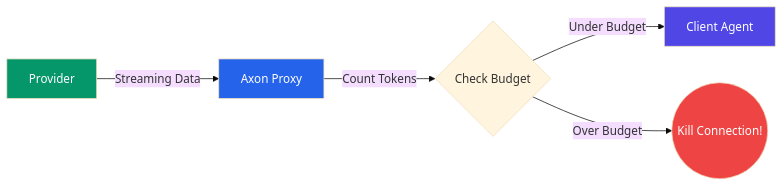
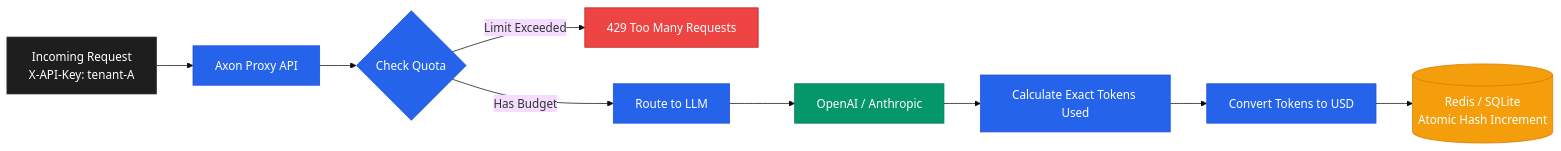
Before and after one commit to chaitanya-sharmaa/axon: the diagram in README.md, drawn with Mermaid (base theme). The commit also changed other lines of this file and 1 other file, not shown here.

Commit message:
docs: separate network savings vs api savings and isolate tron to provider caching

````diff
--- a/README.md
+++ b/README.md
@@ -168,12 +114,18 @@
 ```mermaid
 graph LR
-    LLM[Provider]:::llm -->|Streaming Data| Axon[Axon Proxy]:::axon
-    Axon -->|Count Tokens| Calc{Check Budget}
-    Calc -->|Under Budget| App[Client Agent]:::app
-    Calc -->|Over Budget| Kill((Kill Connection!)):::error
+    Req["Incoming Request<br/>X-API-Key: tenant-A"]:::client --> Gateway["Axon Proxy API"]:::axon
+    Gateway --> Check{"Check Quota"}:::axon
+    Check -->|"Limit Exceeded"| Rej["429 Too Many Requests"]:::error
+    Check -->|"Has Budget"| Route["Route to LLM"]:::axon
     
-    classDef llm fill:#059669,color:#fff
-    classDef axon fill:#2563eb,color:#fff
-    classDef app fill:#4f46e5,color:#fff
-    classDef error fill:#ef4444,color:#fff
+    Route --> LLM["OpenAI / Anthropic"]:::llm
+    LLM --> Calc["Calculate Exact Tokens Used"]:::axon
+    Calc --> Cost["Convert Tokens to USD"]:::axon
+    Cost --> Redis[("Redis / SQLite<br/>Atomic Hash Increment")]:::db
+
+    classDef client fill:#1e1e1e,stroke:#333,color:#fff
+    classDef axon fill:#2563eb,stroke:#1d4ed8,color:#fff
+    classDef error fill:#ef4444,stroke:#b91c1c,color:#fff
+    classDef llm fill:#059669,stroke:#047857,color:#fff
+    classDef db fill:#f59e0b,stroke:#d97706,color:#fff
 ```
````
